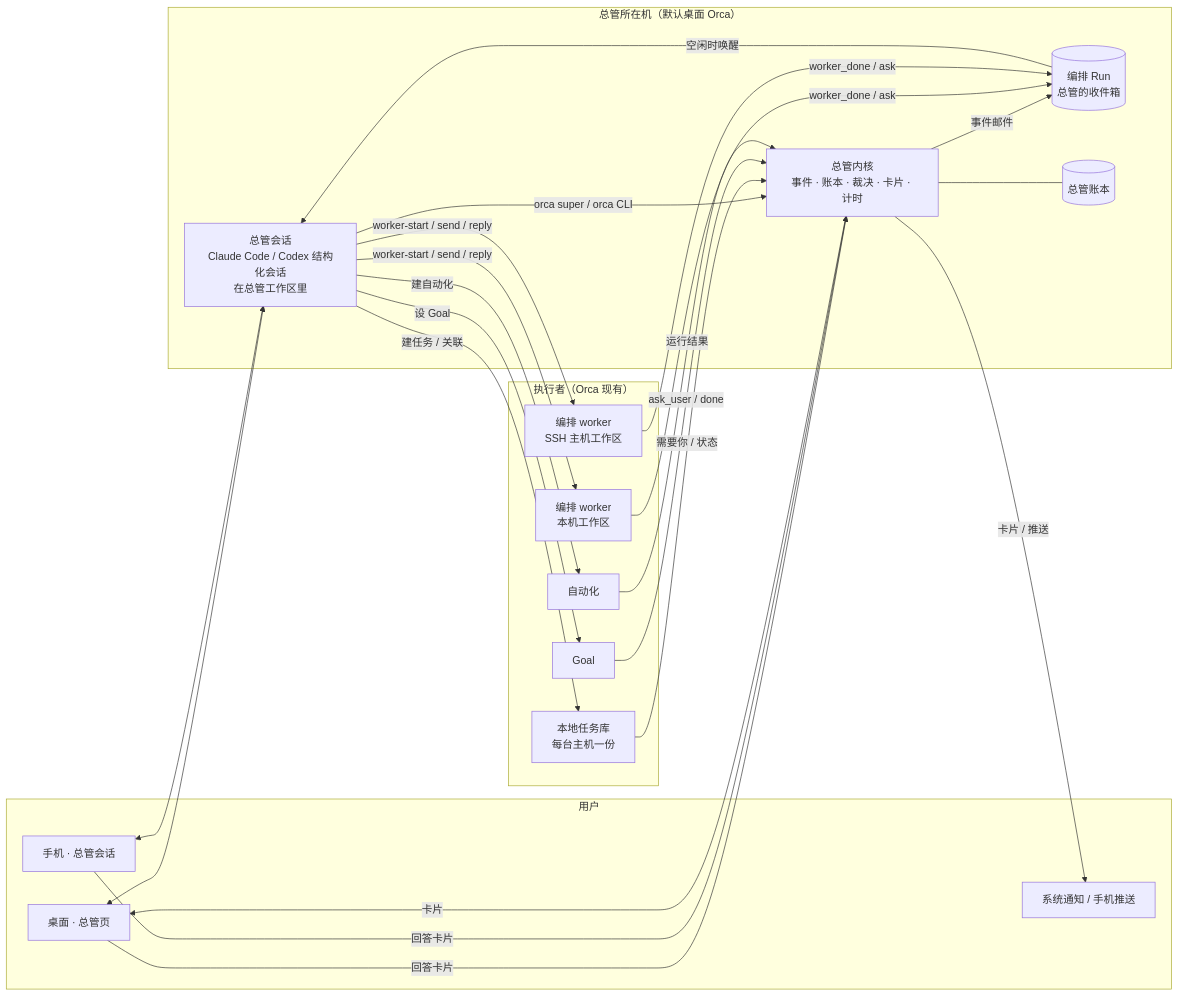
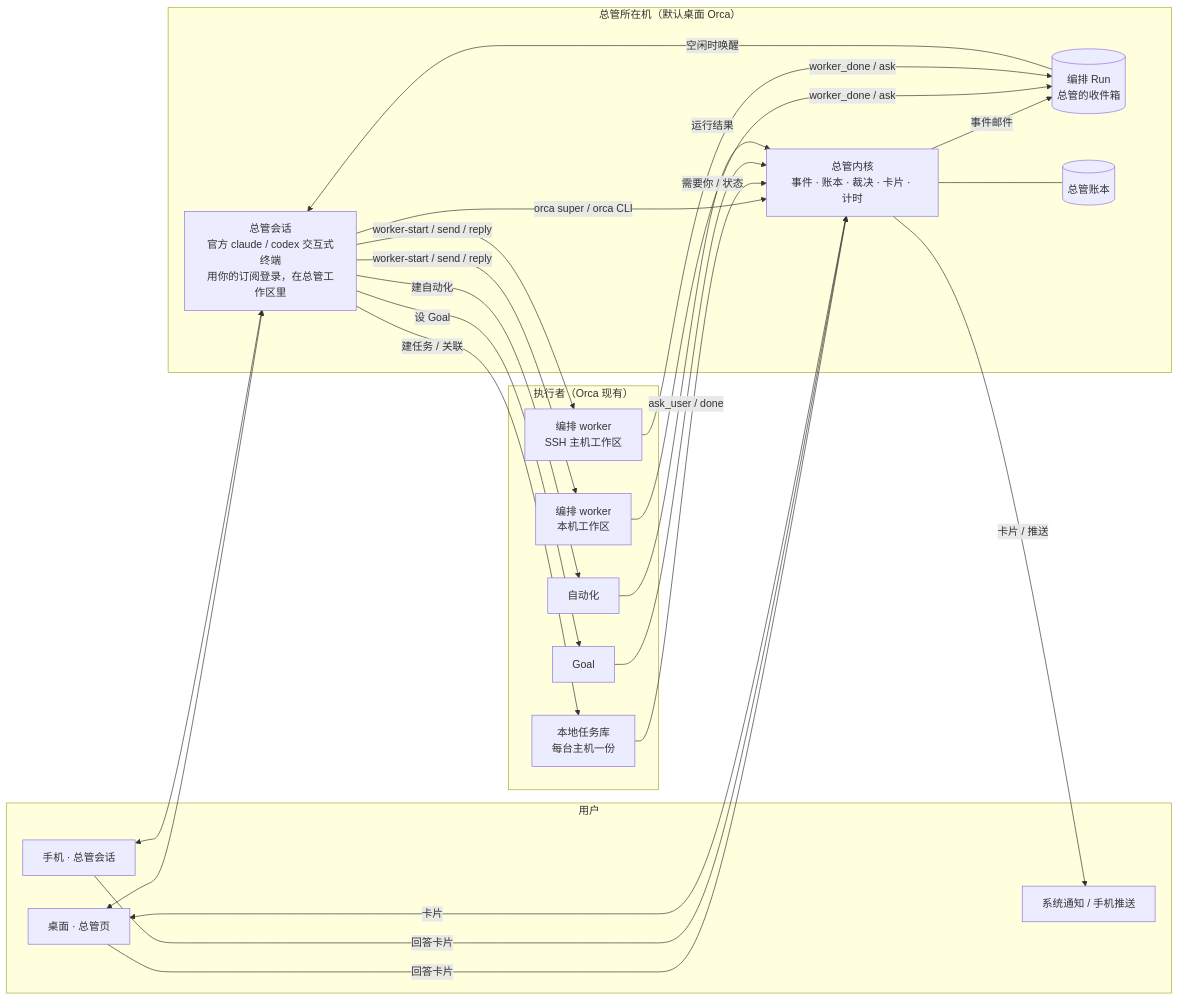
One commit to Fartown/orca changed the first of 2 diagrams in docs/issue/超级智能体/solutions/超级智能体总体方案.md. Above: the diagram before and after it, drawn with Mermaid. The commit also changed other lines of this file and 3 other files, not shown here.

````diff
--- a/docs/issue/超级智能体/solutions/超级智能体总体方案.md
+++ b/docs/issue/超级智能体/solutions/超级智能体总体方案.md
@@ -22,43 +23,43 @@
 ```mermaid
 flowchart LR
   subgraph U[用户]
     D[桌面 · 总管页]
     M[手机 · 总管会话]
     N[系统通知 / 手机推送]
   end
 
   subgraph H[总管所在机（默认桌面 Orca）]
-    R[总管会话<br/>Claude Code / Codex 结构化会话<br/>在总管工作区里]
+    R[总管会话<br/>官方 claude / codex 交互式终端<br/>用你的订阅登录，在总管工作区里]
     K[总管内核<br/>事件 · 账本 · 裁决 · 卡片 · 计时]
     O[(编排 Run<br/>总管的收件箱)]
     L[(总管账本)]
   end
 
   subgraph X[执行者（Orca 现有）]
     W1[编排 worker<br/>本机工作区]
     W2[编排 worker<br/>SSH 主机工作区]
     T[本地任务库<br/>每台主机一份]
     G[Goal]
     A[自动化]
   end
 
   D <--> R
   M <--> R
   K -- 卡片 --> D
   K -- 卡片 / 推送 --> N
   D -- 回答卡片 --> K
   M -- 回答卡片 --> K
   K -- 事件邮件 --> O -- 空闲时唤醒 --> R
   R -- orca super / orca CLI --> K
   R -- worker-start / send / reply --> W1
   R -- worker-start / send / reply --> W2
   W1 -- worker_done / ask --> O
   W2 -- worker_done / ask --> O
   R -- 建任务 / 关联 --> T
   R -- 设 Goal --> G
   R -- 建自动化 --> A
   T -- 需要你 / 状态 --> K
   G -- ask_user / done --> K
   A -- 运行结果 --> K
   K --- L
 ```
````
